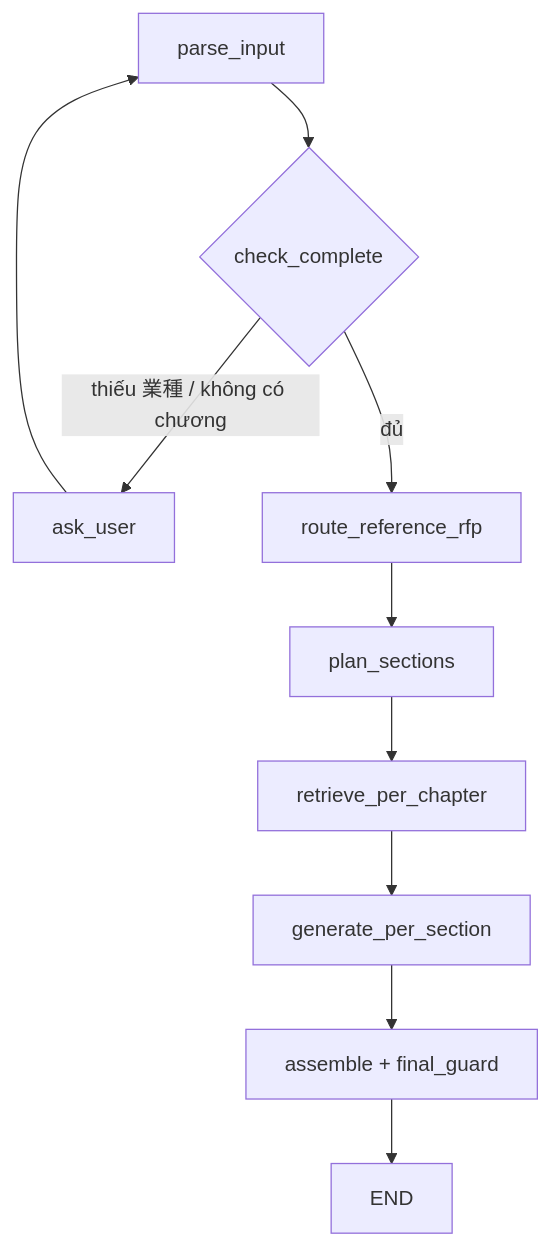
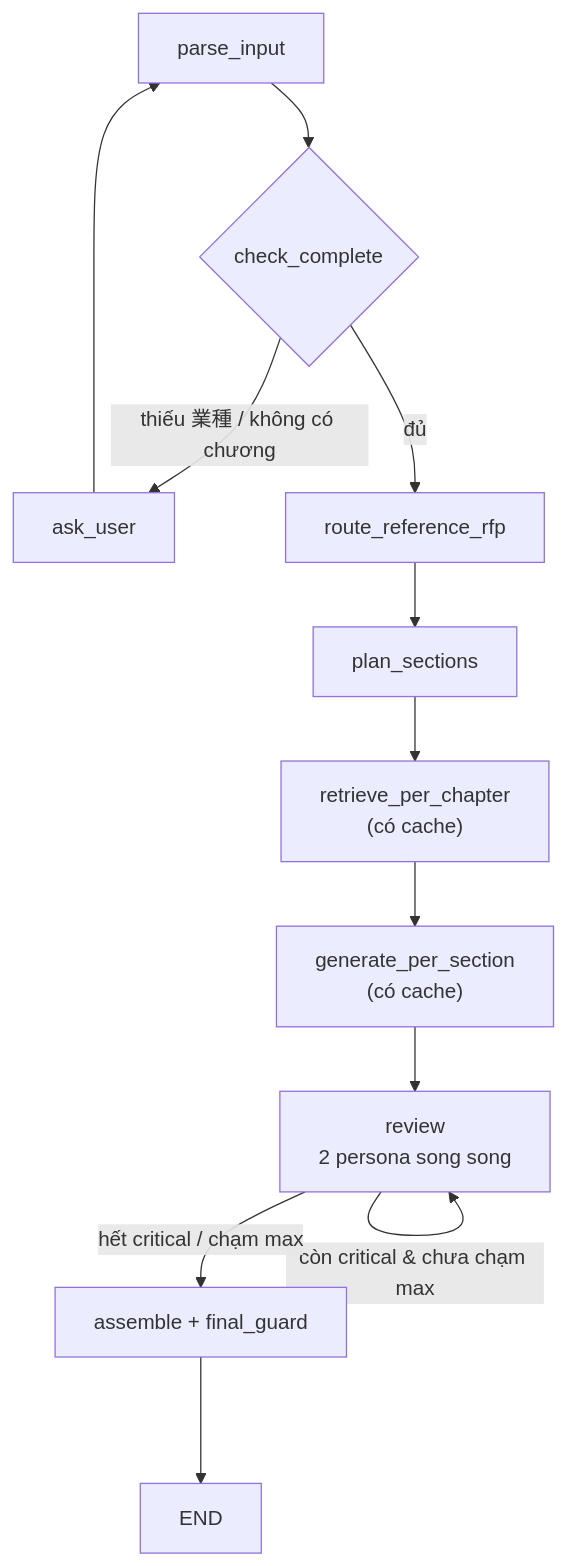
Before and after one commit to anhld-rikkei/case_e_rfp: the diagram in ARCHITECTURE.md, drawn with Mermaid. The commit also changed other lines of this file and 2 other files, not shown here.

````diff
--- a/ARCHITECTURE.md
+++ b/ARCHITECTURE.md
@@ -108,12 +108,14 @@
 ```mermaid
 flowchart TD
   A[parse_input] --> B{check_complete}
   B -->|thiếu 業種 / không có chương| C[ask_user]
   C --> A
   B -->|đủ| D[route_reference_rfp]
   D --> E[plan_sections]
-  E --> F[retrieve_per_chapter]
-  F --> G[generate_per_section]
-  G --> H[assemble + final_guard]
-  H --> I[END]
+  E --> F["retrieve_per_chapter<br/>(có cache)"]
+  F --> G["generate_per_section<br/>(có cache)"]
+  G --> H["review<br/>2 persona song song"]
+  H -->|còn critical & chưa chạm max| H
+  H -->|hết critical / chạm max| I[assemble + final_guard]
+  I --> J[END]
 ```
````
